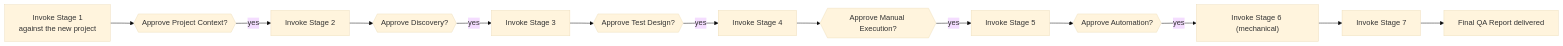
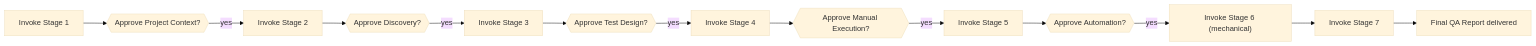
The tenth of 10 diagrams in README.md (HusseinAtaHussein1/AISeatMap), drawn with Mermaid (base theme) before and after one commit. The commit also changed other lines of this file and 543 other files, not shown here.

Commit message:
Refactor: convert platform to single-project architecture

````diff
--- a/README.md
+++ b/README.md
@@ -726,9 +719,9 @@
 ```mermaid
 flowchart LR
-    A["Invoke Stage 1<br/>against the new project"] --> B{{"Approve Project Context?"}}
+    A["Invoke Stage 1"] --> B{{"Approve Project Context?"}}
     B -->|yes| C["Invoke Stage 2"] --> D{{"Approve Discovery?"}}
     D -->|yes| E["Invoke Stage 3"] --> F{{"Approve Test Design?"}}
     F -->|yes| G["Invoke Stage 4"] --> GG{{"Approve Manual Execution?"}}
     GG -->|yes| H["Invoke Stage 5"] --> HH{{"Approve Automation?"}}
     HH -->|yes| I["Invoke Stage 6 (mechanical)"] --> J["Invoke Stage 7"] --> K["Final QA Report delivered"]
 ```
````
